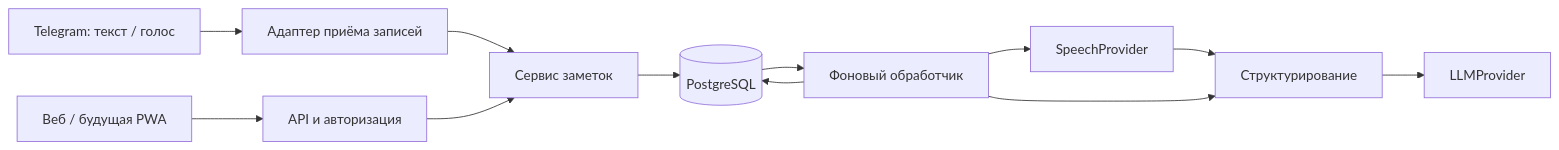
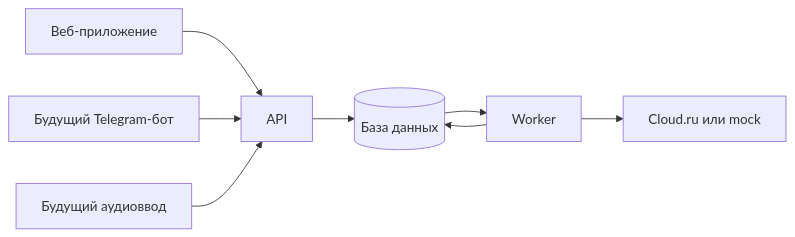
One commit to Vafailer/Disrupt changed the diagram in docs/backend-plan.md. Above: the diagram before and after it, drawn with Mermaid. The commit also changed other lines of this file and 9 other files, not shown here.

````diff
--- a/docs/backend-plan.md
+++ b/docs/backend-plan.md
@@ -31,14 +28,10 @@
 ```mermaid
 flowchart LR
-    W[Веб / будущая PWA] --> API[API и авторизация]
-    T[Telegram: текст / голос] --> IN[Адаптер приёма записей]
-    IN --> S[Сервис заметок]
-    API --> S
-    S --> DB[(PostgreSQL)]
-    DB --> JOB[Фоновый обработчик]
-    JOB --> STT[SpeechProvider]
-    STT --> STRUCT[Структурирование]
-    JOB --> STRUCT
-    STRUCT --> LLM[LLMProvider]
-    JOB --> DB
+    U[Веб-приложение] --> API[API]
+    API --> DB[(База данных)]
+    DB --> WORKER[Worker]
+    WORKER --> MODEL[Cloud.ru или mock]
+    WORKER --> DB
+    T[Будущий Telegram-бот] --> API
+    A[Будущий аудиоввод] --> API
 ```
````
